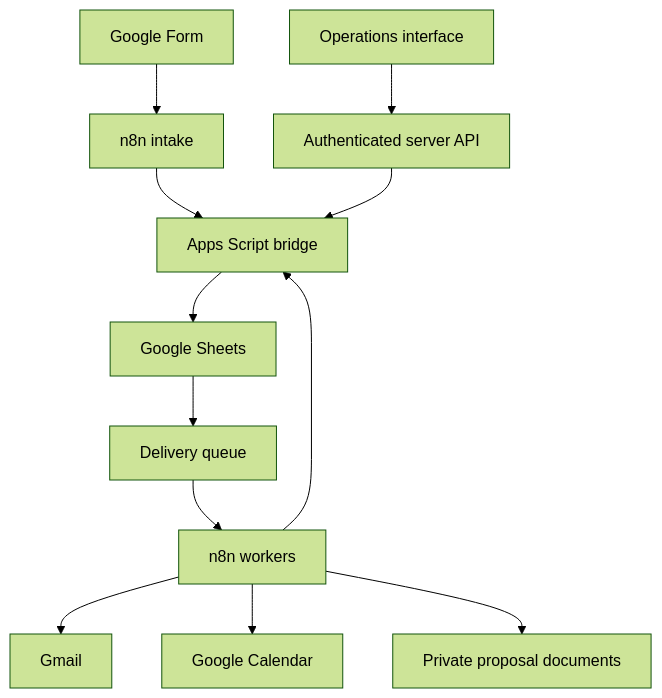
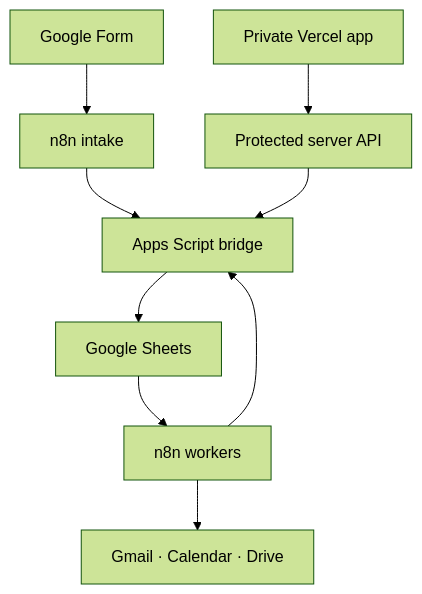
Before and after one commit to arjunschaudhary/solar-v2-private: the diagram in README.md, drawn with Mermaid (forest theme). The commit also changed other lines of this file and 4 other files, not shown here.

````diff
--- a/README.md
+++ b/README.md
@@ -7,14 +29,11 @@
 ```mermaid
 flowchart TD
- Form[Google Form] --> Intake[n8n intake]
- Web[Operations interface] --> API[Authenticated server API]
- Intake --> Bridge[Apps Script bridge]
- API --> Bridge
- Bridge --> Sheets[Google Sheets]
- Sheets --> Queue[Delivery queue]
- Queue --> Workers[n8n workers]
- Workers --> Gmail[Gmail]
- Workers --> Calendar[Google Calendar]
- Workers --> Docs[Private proposal documents]
- Workers --> Bridge
+  Form["Google Form"] --> Intake["n8n intake"]
+  App["Private Vercel app"] --> API["Protected server API"]
+  Intake --> Bridge["Apps Script bridge"]
+  API --> Bridge
+  Bridge --> Sheets["Google Sheets"]
+  Sheets --> Workers["n8n workers"]
+  Workers --> Google["Gmail · Calendar · Drive"]
+  Workers --> Bridge
 ```
````
